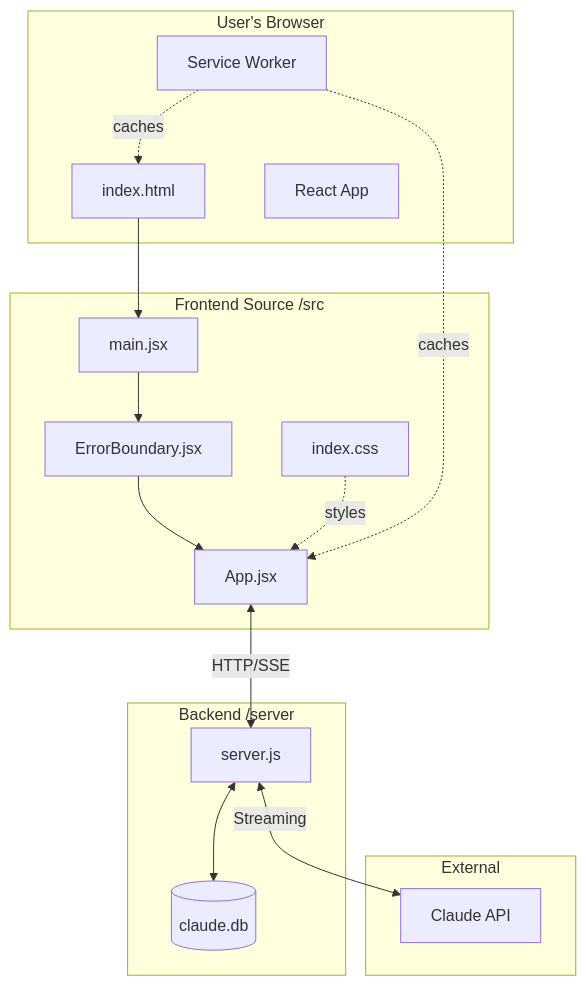
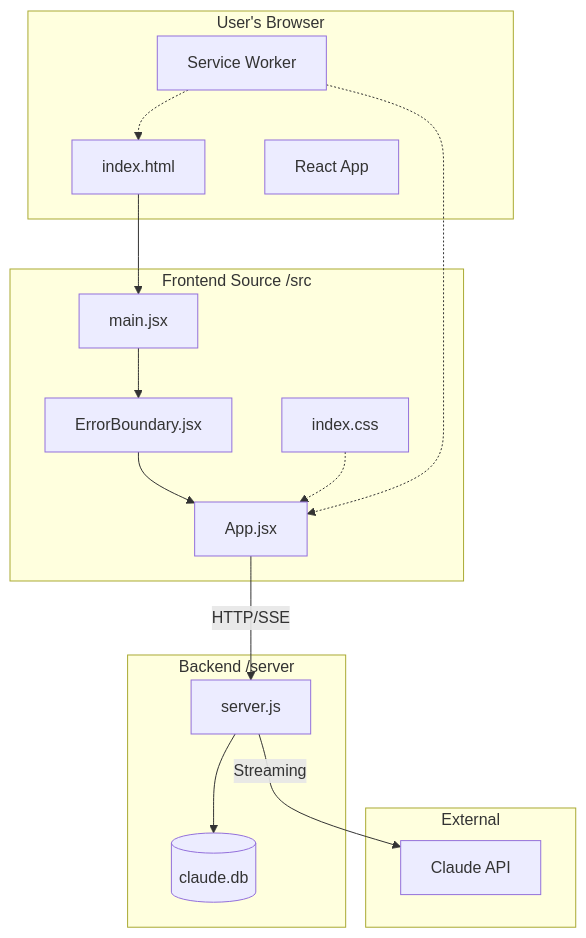
The first of 14 diagrams in docs/project-files-reference.md (nenadatanasovski/claude_ai_clone), drawn with Mermaid before and after one commit. The commit also changed other lines of this file and 6 other files, not shown here.

````diff
--- a/docs/project-files-reference.md
+++ b/docs/project-files-reference.md
@@ -54,35 +54,35 @@
 ```mermaid
 graph TB
     subgraph "User's Browser"
         HTML[index.html]
         React[React App]
         SW[Service Worker]
     end
 
     subgraph "Frontend Source /src"
         Main[main.jsx]
         App[App.jsx]
         EB[ErrorBoundary.jsx]
         CSS[index.css]
     end
 
     subgraph "Backend /server"
         Server[server.js]
         DB[(claude.db)]
     end
 
     subgraph "External"
         Claude[Claude API]
     end
 
     HTML --> Main
     Main --> EB --> App
-    CSS -.styles.-> App
+    CSS -.-> App
 
-    App <-->|HTTP/SSE| Server
-    Server <--> DB
-    Server <-->|Streaming| Claude
+    App -->|HTTP/SSE| Server
+    Server --> DB
+    Server -->|Streaming| Claude
 
-    SW -.caches.-> HTML
-    SW -.caches.-> App
+    SW -.-> HTML
+    SW -.-> App
 ```
````
